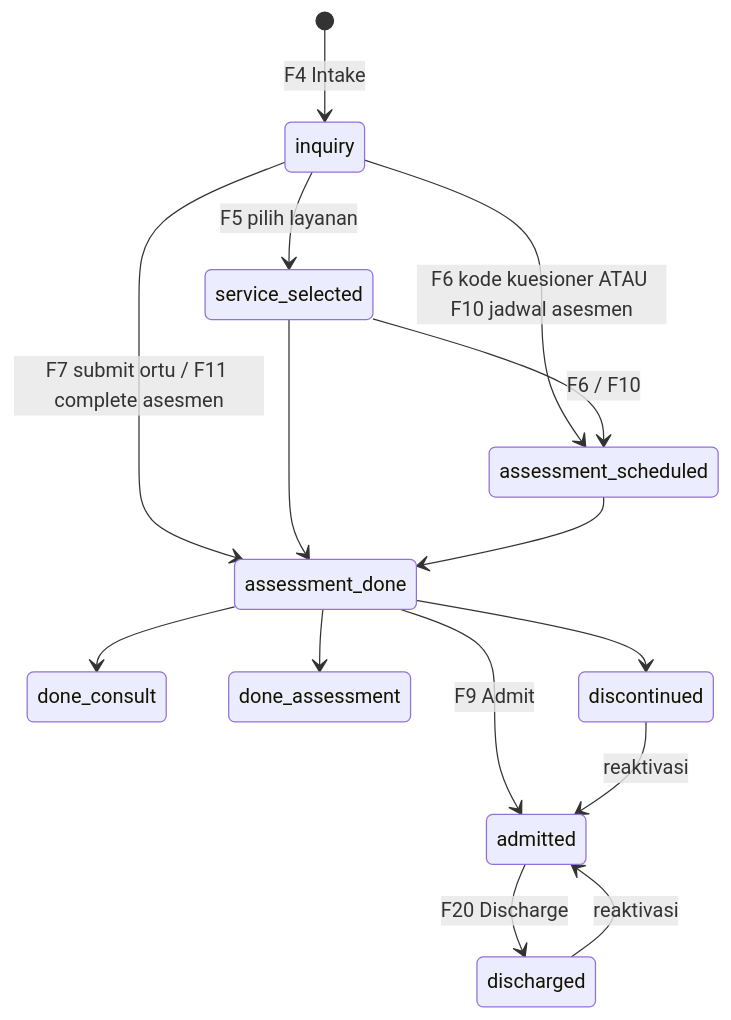
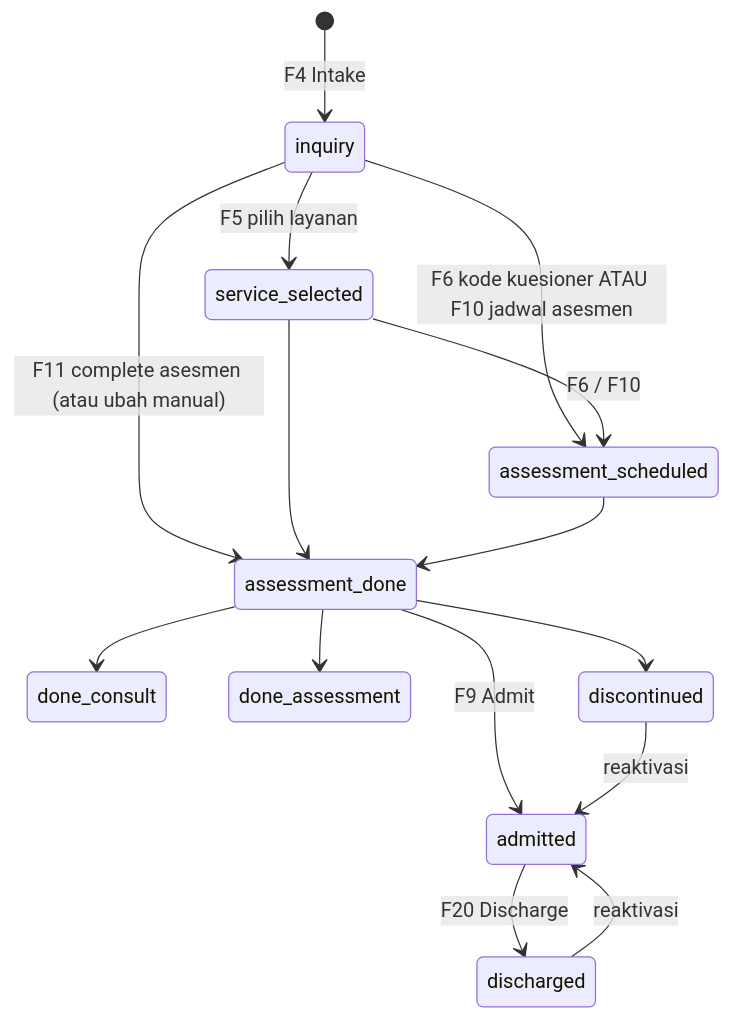
The fourth of 6 diagrams in technical_workflow.md (Iksan273/Therapedia), drawn with Mermaid before and after one commit. The commit also changed other lines of this file and 62 other files, not shown here.

````diff
--- a/technical_workflow.md
+++ b/technical_workflow.md
@@ -535,17 +540,17 @@
 ```mermaid
 stateDiagram-v2
   [*] --> inquiry: F4 Intake
   inquiry --> service_selected: F5 pilih layanan
   inquiry --> assessment_scheduled: F6 kode kuesioner ATAU F10 jadwal asesmen
   service_selected --> assessment_scheduled: F6 / F10
-  inquiry --> assessment_done: F7 submit ortu / F11 complete asesmen
+  inquiry --> assessment_done: F11 complete asesmen (atau ubah manual)
   service_selected --> assessment_done
   assessment_scheduled --> assessment_done
   assessment_done --> admitted: F9 Admit
   assessment_done --> done_consult
   assessment_done --> done_assessment
   assessment_done --> discontinued
   admitted --> discharged: F20 Discharge
   discharged --> admitted: reaktivasi
   discontinued --> admitted: reaktivasi
 ```
````
